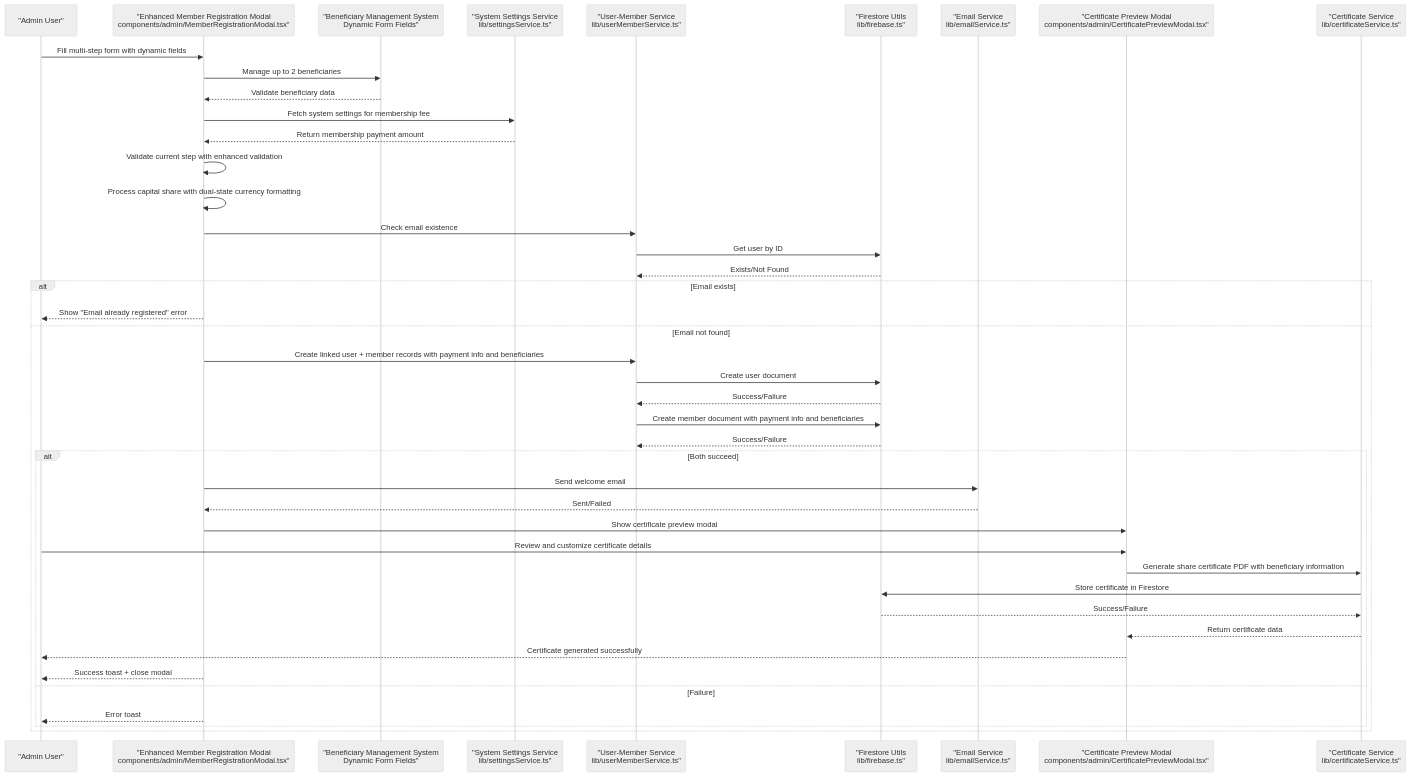
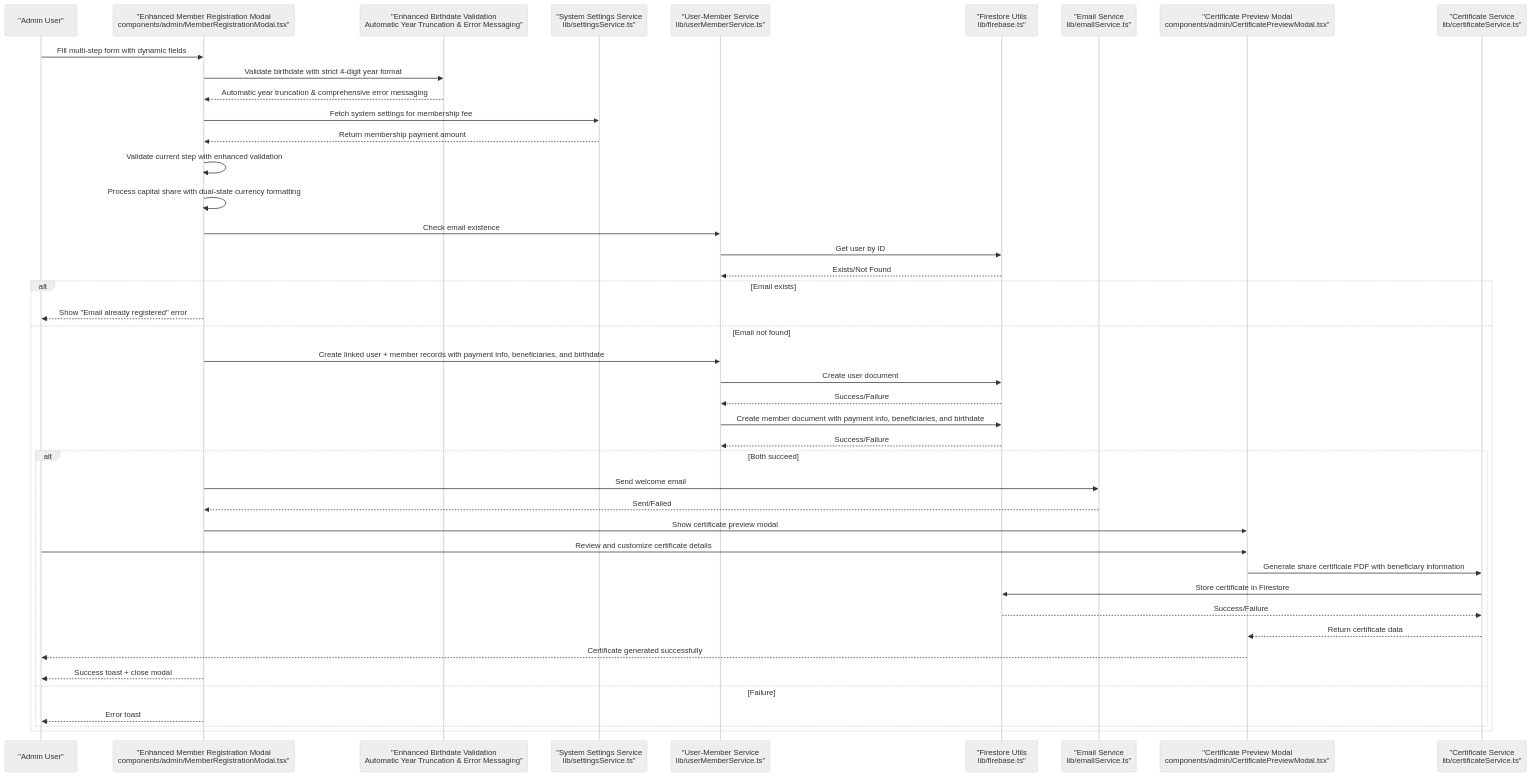
Before and after one commit to Unsure-bry/sampacoop_system: the second of 7 diagrams in .qoder/repowiki/en/content/Member Management System/Member Registration Workflow.md, drawn with Mermaid (neutral theme). The commit also changed other lines of this file and 5 other files, not shown here.

````diff
--- a/.qoder/repowiki/en/content/Member Management System/Member Registration Workflow.md
+++ b/.qoder/repowiki/en/content/Member Management System/Member Registration Workflow.md
@@ -188,45 +206,45 @@
 ```mermaid
 sequenceDiagram
 participant Admin as "Admin User"
 participant Modal as "Enhanced Member Registration Modal<br/>components/admin/MemberRegistrationModal.tsx"
-participant Beneficiaries as "Beneficiary Management System<br/>Dynamic Form Fields"
+participant Birthdate as "Enhanced Birthdate Validation<br/>Automatic Year Truncation & Error Messaging"
 participant Settings as "System Settings Service<br/>lib/settingsService.ts"
 participant UMS as "User-Member Service<br/>lib/userMemberService.ts"
 participant FS as "Firestore Utils<br/>lib/firebase.ts"
 participant Email as "Email Service<br/>lib/emailService.ts"
 participant CPV as "Certificate Preview Modal<br/>components/admin/CertificatePreviewModal.tsx"
 participant CertSvc as "Certificate Service<br/>lib/certificateService.ts"
 Admin->>Modal : Fill multi-step form with dynamic fields
-Modal->>Beneficiaries : Manage up to 2 beneficiaries
-Beneficiaries-->>Modal : Validate beneficiary data
+Modal->>Birthdate : Validate birthdate with strict 4-digit year format
+Birthdate-->>Modal : Automatic year truncation & comprehensive error messaging
 Modal->>Settings : Fetch system settings for membership fee
 Settings-->>Modal : Return membership payment amount
 Modal->>Modal : Validate current step with enhanced validation
 Modal->>Modal : Process capital share with dual-state currency formatting
 Modal->>UMS : Check email existence
 UMS->>FS : Get user by ID
 FS-->>UMS : Exists/Not Found
 alt Email exists
 Modal-->>Admin : Show "Email already registered" error
 else Email not found
-Modal->>UMS : Create linked user + member records with payment info and beneficiaries
+Modal->>UMS : Create linked user + member records with payment info, beneficiaries, and birthdate
 UMS->>FS : Create user document
 FS-->>UMS : Success/Failure
-UMS->>FS : Create member document with payment info and beneficiaries
+UMS->>FS : Create member document with payment info, beneficiaries, and birthdate
 FS-->>UMS : Success/Failure
 alt Both succeed
 Modal->>Email : Send welcome email
 Email-->>Modal : Sent/Failed
 Modal->>CPV : Show certificate preview modal
 Admin->>CPV : Review and customize certificate details
 CPV->>CertSvc : Generate share certificate PDF with beneficiary information
 CertSvc->>FS : Store certificate in Firestore
 FS-->>CertSvc : Success/Failure
 CertSvc-->>CPV : Return certificate data
 CPV-->>Admin : Certificate generated successfully
 Modal-->>Admin : Success toast + close modal
 else Failure
 Modal-->>Admin : Error toast
 end
 end
 ```
````
